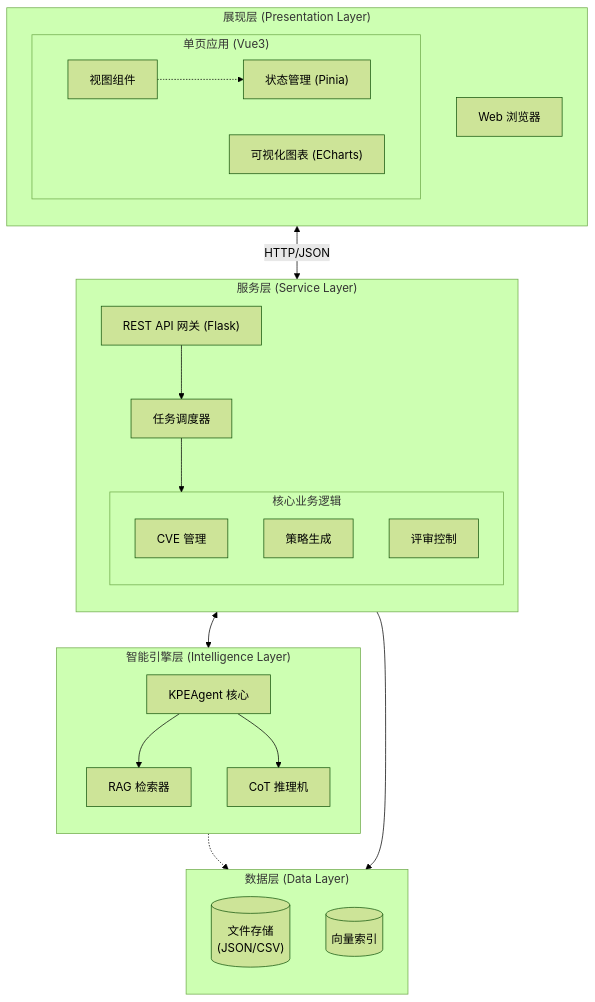
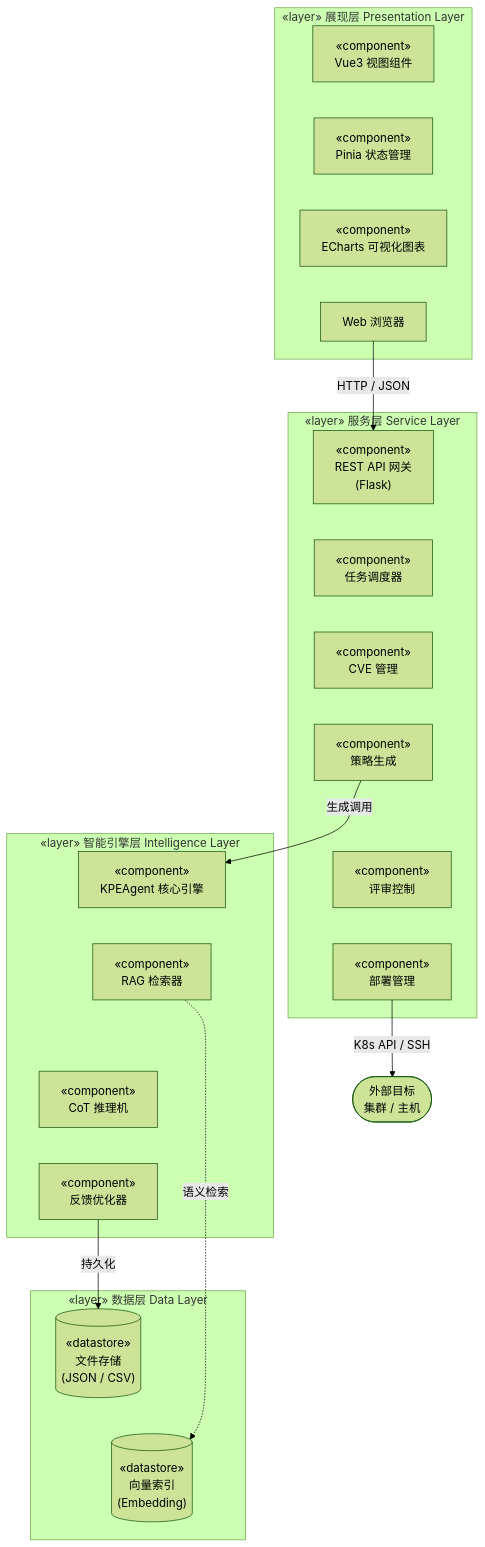
One commit to Ivanbeethoven/ustb_graduator_paper changed the diagram in images/chap4/system_architecture.mmd. Above: the diagram before and after it, drawn with Mermaid (forest theme). The commit also changed 186 other files, not shown here.

```diff
--- a/images/chap4/system_architecture.mmd
+++ b/images/chap4/system_architecture.mmd
@@ -1,48 +1,28 @@
-graph TB
-    %% Nodes
-    subgraph ClientLayer ["展现层 (Presentation Layer)"]
-        direction TB
-        Browser["Web 浏览器"]
-        subgraph SPA ["单页应用 (Vue3)"]
-            Views["视图组件"]
-            Store["状态管理 (Pinia)"]
-            Charts["可视化图表 (ECharts)"]
-        end
+graph TD
+    %% UML 组件图 — KPEAgent 系统分层架构
+    %% 每层仅用 ~~~ 横向排列组件，层间用有向边表示接口
+
+    subgraph L1 ["«layer» 展现层 Presentation Layer"]
+        A1["«component»<br/>Vue3 视图组件"] ~~~ A2["«component»<br/>Pinia 状态管理"] ~~~ A3["«component»<br/>ECharts 可视化图表"] ~~~ A4["Web 浏览器"]
     end
 
-    subgraph ServiceLayer ["服务层 (Service Layer)"]
-        direction TB
-        API["REST API 网关 (Flask)"]
-        Scheduler["任务调度器"]
-        
-        subgraph Logic ["核心业务逻辑"]
-            cve_mgr["CVE 管理"]
-            strategy_mgr["策略生成"]
-            review_mgr["评审控制"]
-        end
+    subgraph L2 ["«layer» 服务层 Service Layer"]
+        B0["«component»<br/>REST API 网关<br/>(Flask)"] ~~~ B1["«component»<br/>任务调度器"] ~~~ B2["«component»<br/>CVE 管理"] ~~~ B3["«component»<br/>策略生成"] ~~~ B4["«component»<br/>评审控制"] ~~~ B5["«component»<br/>部署管理"]
     end
 
-    subgraph EngineLayer ["智能引擎层 (Intelligence Layer)"]
-        direction TB
-        Agent["KPEAgent 核心"]
-        RAG["RAG 检索器"]
-        CoT["CoT 推理机"]
+    subgraph L3 ["«layer» 智能引擎层 Intelligence Layer"]
+        C0["«component»<br/>KPEAgent 核心引擎"] ~~~ C1["«component»<br/>RAG 检索器"] ~~~ C2["«component»<br/>CoT 推理机"] ~~~ C3["«component»<br/>反馈优化器"]
     end
 
-    subgraph DataLayer ["数据层 (Data Layer)"]
-        direction TB
-        FileDB[("文件存储\n(JSON/CSV)")]
-        VectorDB[("向量索引")]
+    subgraph L4 ["«layer» 数据层 Data Layer"]
+        D1[("«datastore»<br/>文件存储<br/>(JSON / CSV)")] ~~~ D2[("«datastore»<br/>向量索引<br/>(Embedding)")]
     end
 
-    %% Relationships
-    Browser <-->|HTTP/JSON| API
-    Views -.-> Store
-    API --> Scheduler
-    Scheduler --> Logic
-    strategy_mgr <--> Agent
-    Agent --> RAG
-    Agent --> CoT
-    
-    Logic --> FileDB
-    RAG -.-> VectorDB
+    E1(["外部目标<br/>集群 / 主机"])
+
+    %% 层间接口
+    A4 -->|"HTTP / JSON"| B0
+    B3 -->|"生成调用"| C0
+    B5 -->|"K8s API / SSH"| E1
+    C3 -->|"持久化"| D1
+    C1 -.->|"语义检索"| D2
```
